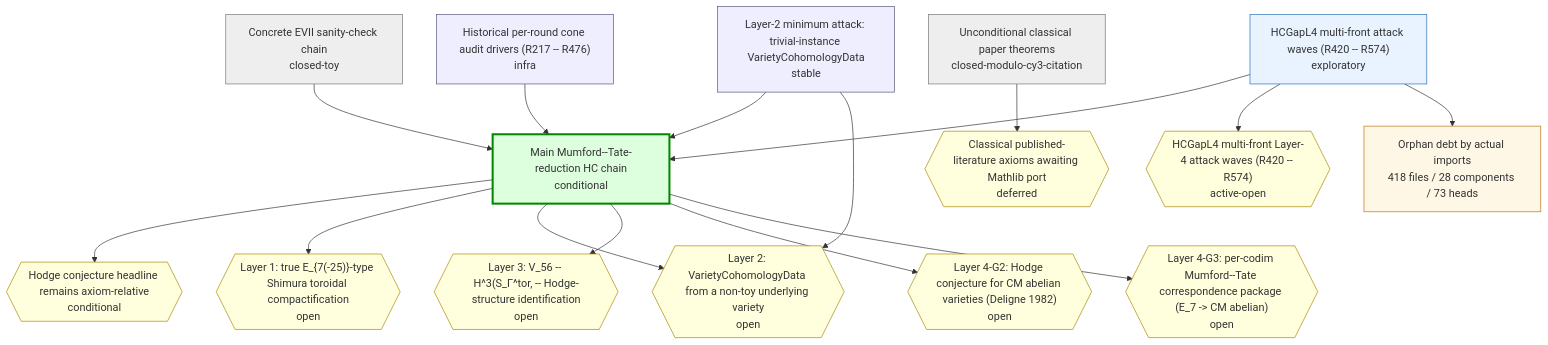
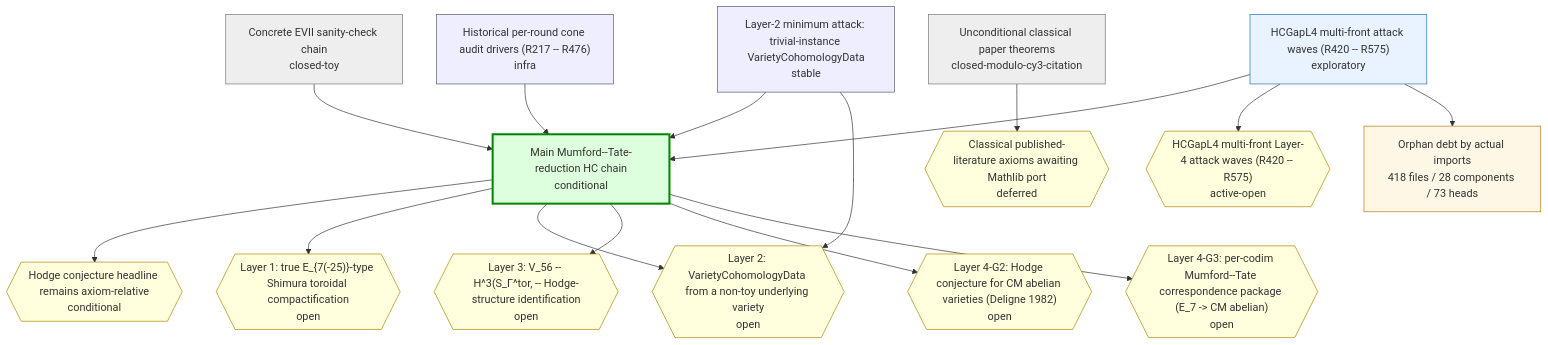
The first of 2 diagrams in chain-status/research-map.md (crabsatellite/hodge-conjecture-lean4-formalization), drawn with Mermaid before and after one commit. The commit also changed other lines of this file and 7 other files, not shown here.

````diff
--- a/chain-status/research-map.md
+++ b/chain-status/research-map.md
@@ -45,44 +45,44 @@
 ```mermaid
 graph TD
   classDef main fill:#dfd,stroke:#080,stroke-width:3px
   classDef active fill:#e8f3ff,stroke:#2670b8
   classDef support fill:#eef,stroke:#557
   classDef closed fill:#eee,stroke:#777
   classDef dead fill:#fdd,stroke:#a00,stroke-width:2px
   classDef gapOpen fill:#ffd,stroke:#a80
   classDef gapClosed fill:#eee,stroke:#777
   classDef gapDead fill:#fdd,stroke:#a00
   classDef debt fill:#fff7e6,stroke:#b87514
   classDef debtTaxonomy fill:#e8f3ff,stroke:#2670b8,stroke-dasharray:3 3
   classDef debtRule fill:#eefbea,stroke:#398439,stroke-dasharray:3 3
   classDef debtDead fill:#fdd,stroke:#a00,stroke-dasharray:3 3
   chain_main_hc_axiom_relative["Main Mumford--Tate-reduction HC chain\nconditional"]:::main
   chain_unconditional_classical["Unconditional classical paper theorems\nclosed-modulo-cy3-citation"]:::closed
   chain_hcgap_l2_trivial_instances["Layer-2 minimum attack: trivial-instance VarietyCohomologyData\nstable"]:::support
-  chain_hcgap_l4_multifront_active["HCGapL4 multi-front attack waves (R420 -- R574)\nexploratory"]:::active
+  chain_hcgap_l4_multifront_active["HCGapL4 multi-front attack waves (R420 -- R575)\nexploratory"]:::active
   chain_concrete_evii_toy["Concrete EVII sanity-check chain\nclosed-toy"]:::closed
   chain_historical_cone_audits["Historical per-round cone audit drivers (R217 -- R476)\ninfra"]:::support
   gap_G_main_hc{{"Hodge conjecture headline remains axiom-relative\nconditional"}}:::gapOpen
   gap_G_l1_e7_shimura_tor{{"Layer 1: true E_{7(-25)}-type Shimura toroidal compactification\nopen"}}:::gapOpen
   gap_G_l2_cohomology_construction{{"Layer 2: VarietyCohomologyData from a non-toy underlying variety\nopen"}}:::gapOpen
   gap_G_l3_v56_mt_identification{{"Layer 3: V_56 -- H^3(S_Γ^tor, -- Hodge-structure identification\nopen"}}:::gapOpen
   gap_G_l4_cm_abelian_hc{{"Layer 4-G2: Hodge conjecture for CM abelian varieties (Deligne 1982)\nopen"}}:::gapOpen
   gap_G_l4_mt_correspondence{{"Layer 4-G3: per-codim Mumford--Tate correspondence package (E_7 -> CM abelian)\nopen"}}:::gapOpen
   gap_G_classical_mathlib_port{{"Classical published-literature axioms awaiting Mathlib port\ndeferred"}}:::gapOpen
-  gap_G_hcgap_l4_multifront{{"HCGapL4 multi-front Layer-4 attack waves (R420 -- R574)\nactive-open"}}:::gapOpen
+  gap_G_hcgap_l4_multifront{{"HCGapL4 multi-front Layer-4 attack waves (R420 -- R575)\nactive-open"}}:::gapOpen
   chain_main_hc_axiom_relative --> gap_G_main_hc
   chain_main_hc_axiom_relative --> gap_G_l1_e7_shimura_tor
   chain_main_hc_axiom_relative --> gap_G_l2_cohomology_construction
   chain_main_hc_axiom_relative --> gap_G_l3_v56_mt_identification
   chain_main_hc_axiom_relative --> gap_G_l4_cm_abelian_hc
   chain_main_hc_axiom_relative --> gap_G_l4_mt_correspondence
   chain_unconditional_classical --> gap_G_classical_mathlib_port
   chain_hcgap_l2_trivial_instances --> chain_main_hc_axiom_relative
   chain_hcgap_l2_trivial_instances --> gap_G_l2_cohomology_construction
   chain_hcgap_l4_multifront_active --> chain_main_hc_axiom_relative
   chain_hcgap_l4_multifront_active --> gap_G_hcgap_l4_multifront
   chain_concrete_evii_toy --> chain_main_hc_axiom_relative
   chain_historical_cone_audits --> chain_main_hc_axiom_relative
   debt_all["Orphan debt by actual imports\n418 files / 28 components / 73 heads"]:::debt
   chain_hcgap_l4_multifront_active --> debt_all
 ```
````
